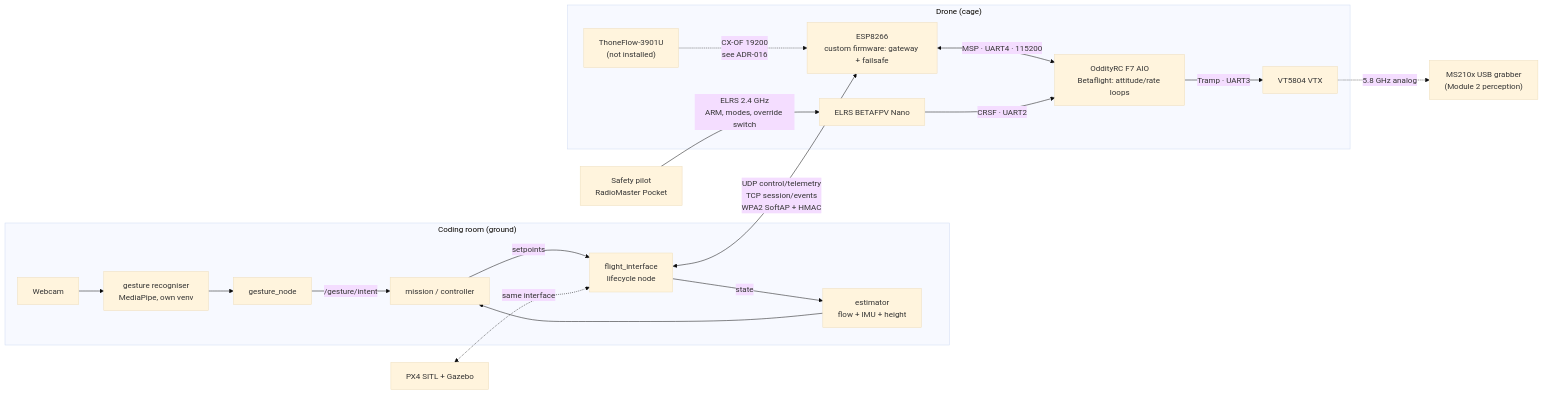
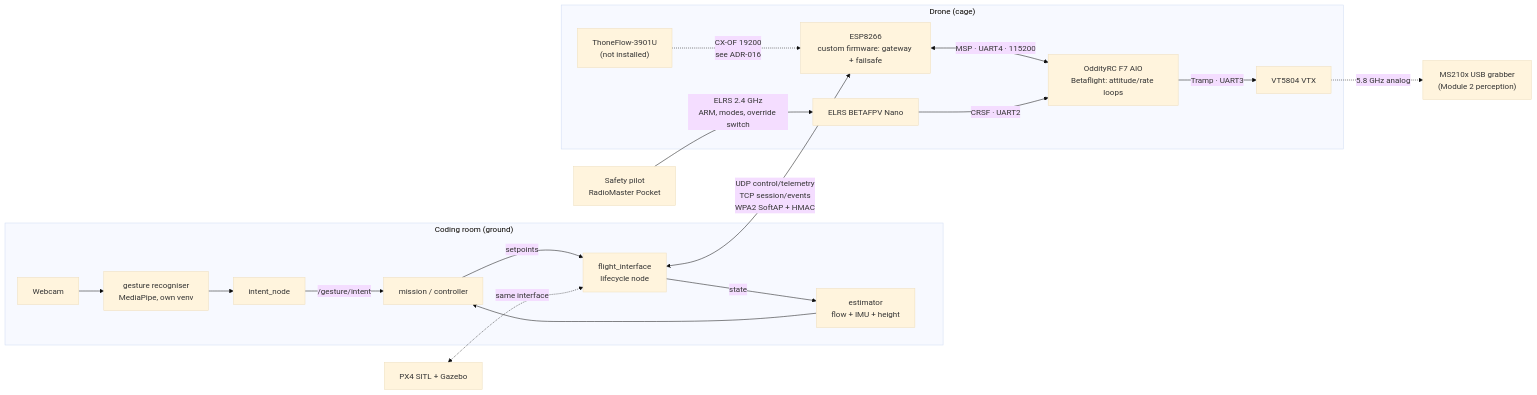
The diagram in docs/PraticalPlan/03 Architecture/System Overview.md (SEAME-pt/SEA-ME_Team1_ROSRangers), drawn with Mermaid (base theme) before and after one commit. The commit also changed other lines of this file and 16 other files, not shown here.

````diff
--- a/docs/PraticalPlan/03 Architecture/System Overview.md
+++ b/docs/PraticalPlan/03 Architecture/System Overview.md
@@ -22,26 +22,26 @@
 ```mermaid
 flowchart LR
   subgraph Room["Coding room (ground)"]
     CAM[Webcam] --> GEST["gesture recogniser<br/>MediaPipe, own venv"]
-    GEST --> GN[gesture_node]
+    GEST --> GN[intent_node]
     GN -->|/gesture/intent| MISSION[mission / controller]
     EST["estimator<br/>flow + IMU + height"] --> MISSION
     MISSION -->|setpoints| FI["flight_interface<br/>lifecycle node"]
     FI -->|state| EST
   end
   subgraph Air["Drone (cage)"]
     ESP["ESP8266<br/>custom firmware: gateway + failsafe"]
     FC["OddityRC F7 AIO<br/>Betaflight: attitude/rate loops"]
     FLOW["ThoneFlow-3901U<br/>(not installed)"]
     ELRS["ELRS BETAFPV Nano"]
     VTX["VT5804 VTX"]
   end
   FI <-->|"UDP control/telemetry<br/>TCP session/events<br/>WPA2 SoftAP + HMAC"| ESP
   ESP <-->|"MSP · UART4 · 115200"| FC
   FLOW -.->|"CX-OF 19200<br/>see ADR-016"| ESP
   PILOT["Safety pilot<br/>RadioMaster Pocket"] -->|"ELRS 2.4 GHz<br/>ARM, modes, override switch"| ELRS
   ELRS -->|"CRSF · UART2"| FC
   FC -->|"Tramp · UART3"| VTX
   VTX -.->|"5.8 GHz analog"| GRAB["MS210x USB grabber<br/>(Module 2 perception)"]
   SIM["PX4 SITL + Gazebo"] <-.same interface.-> FI
 ```
````
